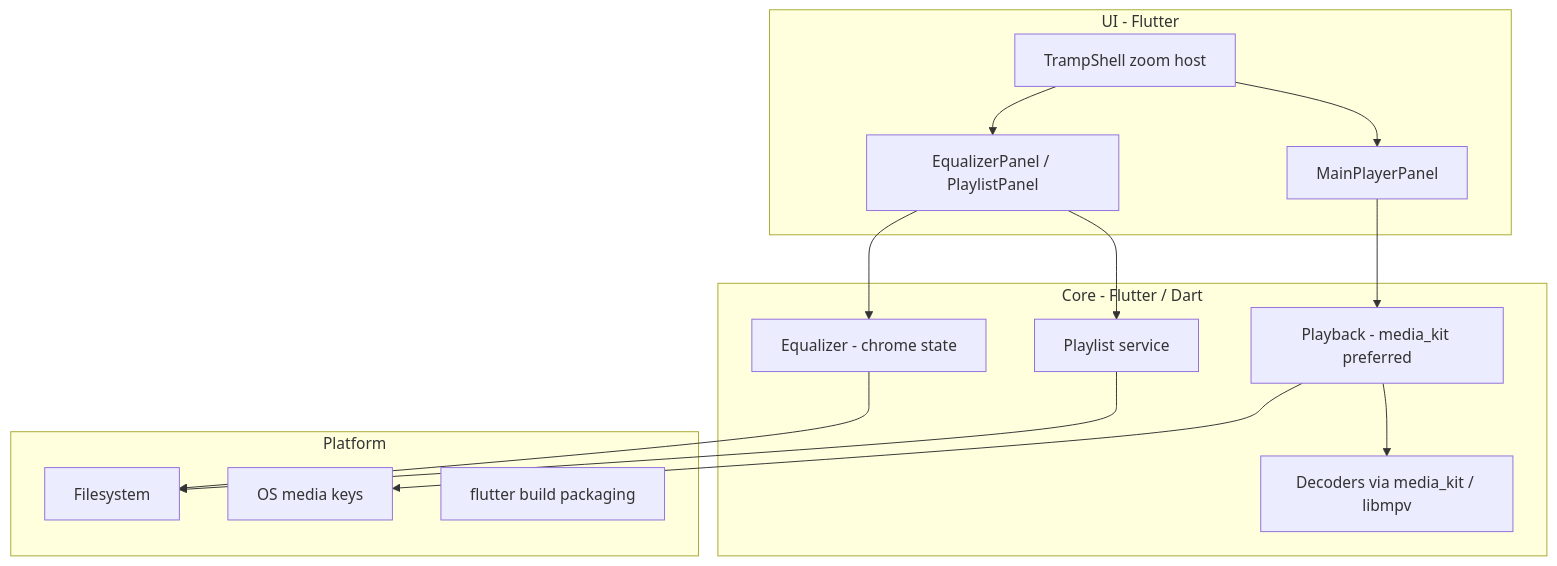
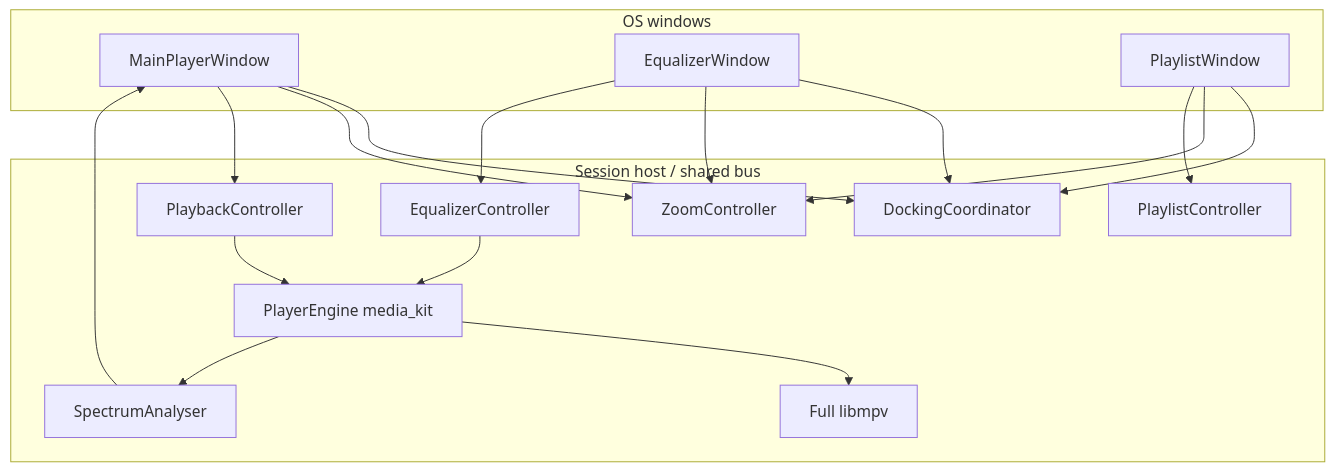
Before and after one commit to eliranbenishai/aoide: the diagram in docs/architecture.md, drawn with Mermaid. The commit also changed other lines of this file and 8 other files, not shown here.

Commit message:
docs: align spec, architecture, and ADRs with mockup multi-window redesign

````diff
--- a/docs/architecture.md
+++ b/docs/architecture.md
@@ -20,28 +23,32 @@
 ```mermaid
 flowchart TB
-  subgraph ui [UI - Flutter]
-    Shell[TrampShell zoom host]
-    Main[MainPlayerPanel]
-    Lower[EqualizerPanel / PlaylistPanel]
+  subgraph windows [OS windows]
+    Main[MainPlayerWindow]
+    Eq[EqualizerWindow]
+    Pl[PlaylistWindow]
   end
-  subgraph core [Core - Flutter / Dart]
-    Playback[Playback - media_kit preferred]
-    PlaylistSvc[Playlist service]
-    Eq[Equalizer - chrome state]
-    Formats[Decoders via media_kit / libmpv]
+  subgraph session [Session host / shared bus]
+    Dock[DockingCoordinator]
+    Zoom[ZoomController]
+    Play[PlaybackController]
+    List[PlaylistController]
+    EqCtl[EqualizerController]
+    Eng[PlayerEngine media_kit]
+    Mpv[Full libmpv]
+    Spec[SpectrumAnalyser]
   end
-  subgraph platform [Platform]
-    FS[Filesystem]
-    MediaKeys[OS media keys]
-    Pack[flutter build packaging]
-  end
-  Shell --> Main
-  Shell --> Lower
-  Main --> Playback
-  Lower --> PlaylistSvc
-  Lower --> Eq
-  Playback --> Formats
-  PlaylistSvc --> FS
-  Eq --> FS
-  Playback --> MediaKeys
+  Main --> Dock
+  Eq --> Dock
+  Pl --> Dock
+  Main --> Zoom
+  Eq --> Zoom
+  Pl --> Zoom
+  Main --> Play
+  Pl --> List
+  Eq --> EqCtl
+  Play --> Eng
+  EqCtl --> Eng
+  Eng --> Mpv
+  Spec --> Main
+  Eng --> Spec
 ```
````
